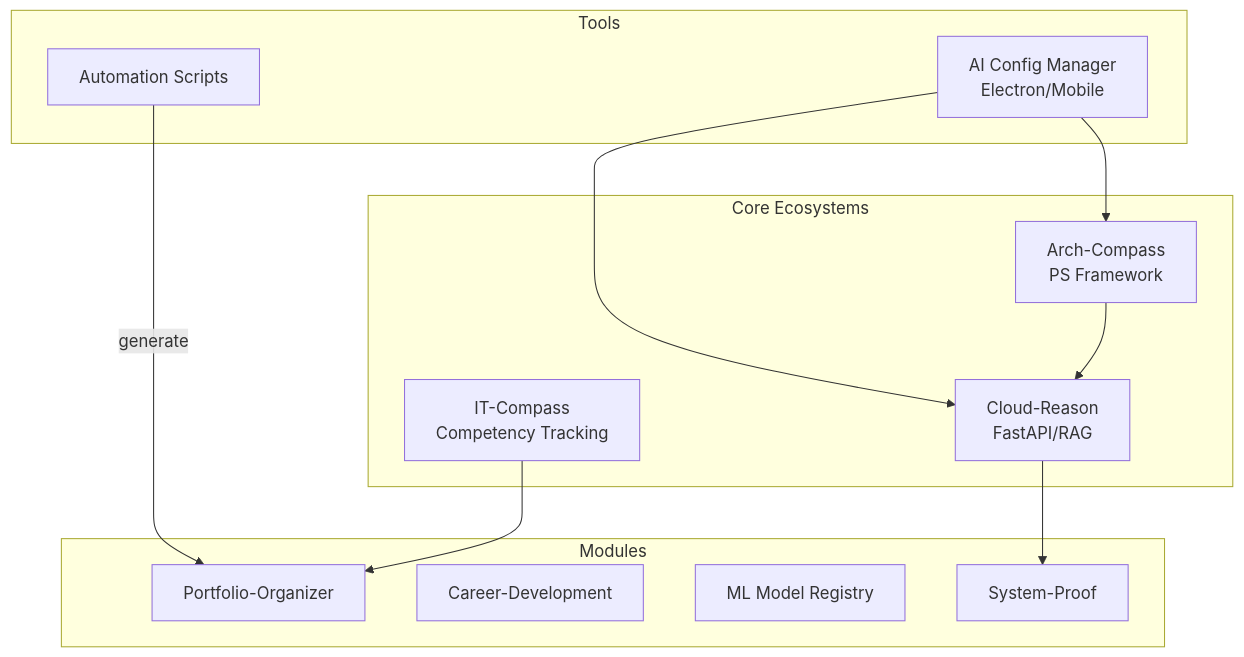
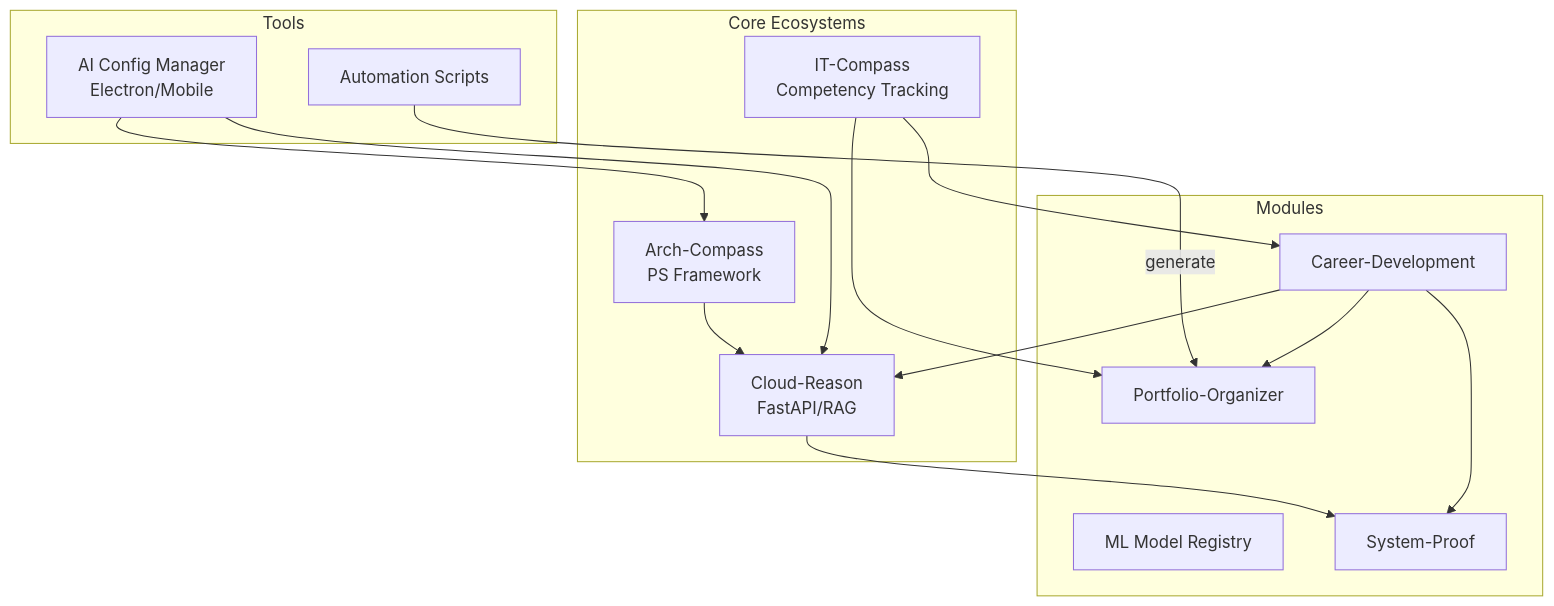
The diagram in diagrams/ecosystems.mmd (Control39/portfolio-system-architect), drawn with Mermaid before and after one commit. The commit also changed 6 other files, not shown here.

Commit message:
feat: Career-Development integration complete

```diff
--- a/diagrams/ecosystems.mmd
+++ b/diagrams/ecosystems.mmd
@@ -1,25 +1,29 @@
 graph TD
     subgraph "Core Ecosystems"
         IT[IT-Compass<br/>Competency Tracking]
         ARCH[Arch-Compass<br/>PS Framework]
         CR[Cloud-Reason<br/>FastAPI/RAG]
     end
     
     subgraph "Modules"
         PO[Portfolio-Organizer]
         CDS[Career-Development]
         MLR[ML Model Registry]
         SP[System-Proof]
     end
     
     subgraph "Tools"
         AICG[AI Config Manager<br/>Electron/Mobile]
         SCRIPTS[Automation Scripts]
     end
     
     IT --> PO
     ARCH --> CR
     CR --> SP
     AICG --> ARCH
     AICG --> CR
-    SCRIPTS -->|generate| PO
+SCRIPTS -->|generate| PO
+IT --> CDS[Career-Development]
+CDS --> CR
+CDS --> PO
+CDS --> SP
```
